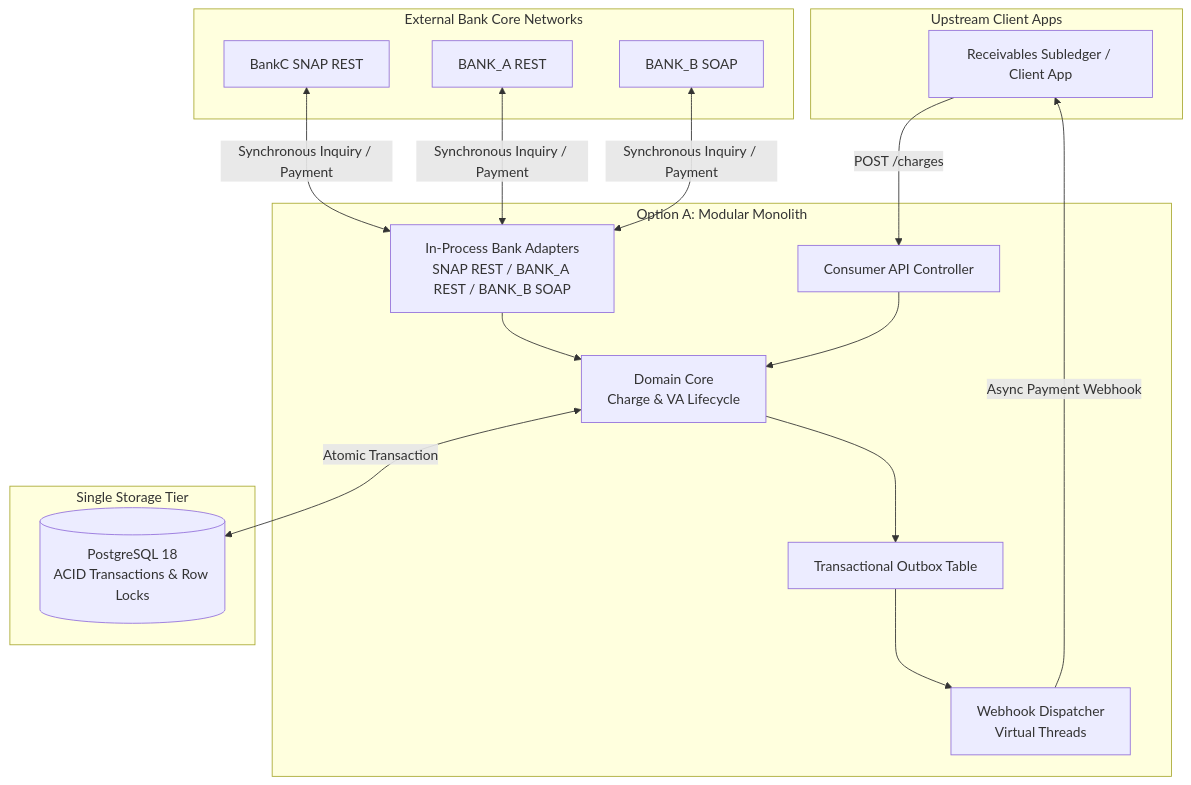
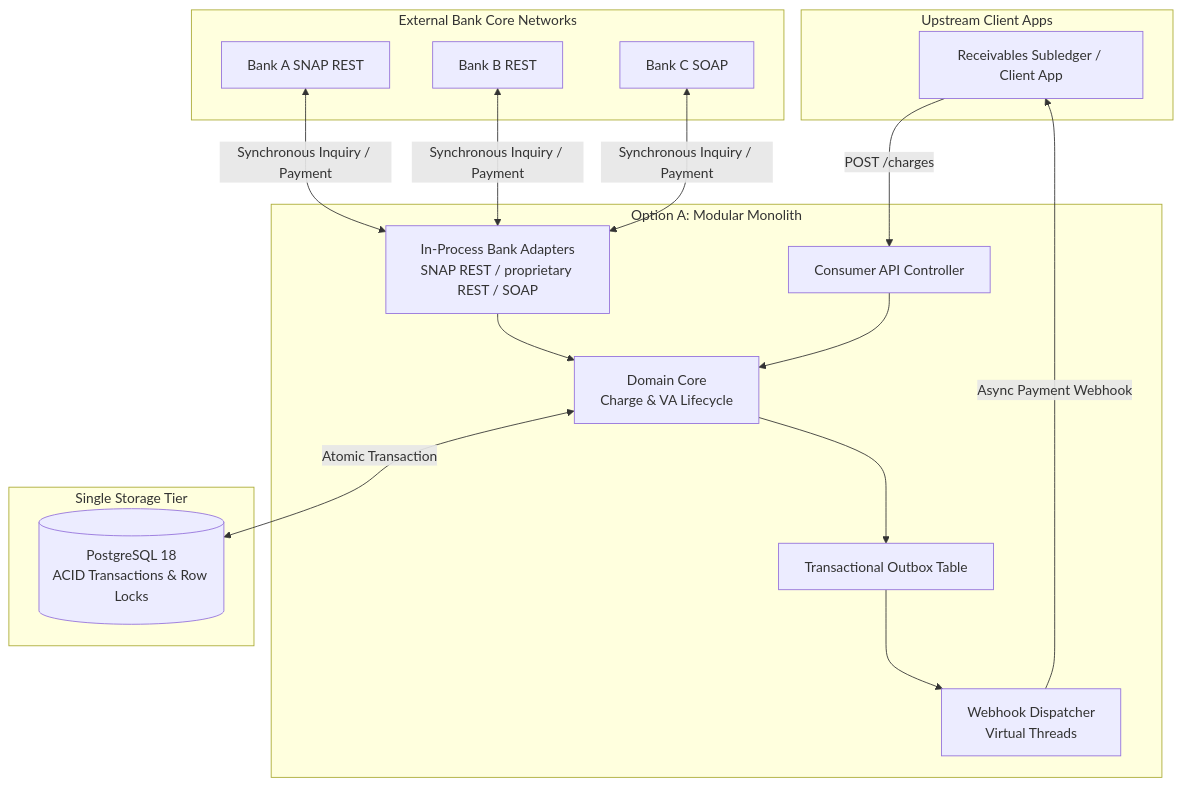
Before and after one commit to artivisi/payment-gateway: the first of 2 diagrams in docs/architecture-comparison.md, drawn with Mermaid. The commit also changed other lines of this file and 41 other files, not shown here.

````diff
--- a/docs/architecture-comparison.md
+++ b/docs/architecture-comparison.md
@@ -22,37 +22,37 @@
 ```mermaid
 flowchart TD
   subgraph Clients [Upstream Client Apps]
     AR[Receivables Subledger / Client App]
   end
 
   subgraph Gateway [Option A: Modular Monolith]
     API[Consumer API Controller]
     Core[Domain Core<br/>Charge & VA Lifecycle]
-    Adapters[In-Process Bank Adapters<br/>SNAP REST / BANK_A REST / BANK_B SOAP]
+    Adapters[In-Process Bank Adapters<br/>SNAP REST / proprietary REST / SOAP]
     Outbox[Transactional Outbox Table]
     WebhookWorker[Webhook Dispatcher<br/>Virtual Threads]
   end
 
   subgraph Storage [Single Storage Tier]
     Postgres[(PostgreSQL 18<br/>ACID Transactions & Row Locks)]
   end
 
   subgraph ExternalBanks [External Bank Core Networks]
-    Bank1[BankC SNAP REST]
-    Bank2[BANK_A REST]
-    Bank3[BANK_B SOAP]
+    Bank1[Bank A SNAP REST]
+    Bank2[Bank B REST]
+    Bank3[Bank C SOAP]
   end
 
   AR -->|POST /charges| API
   API --> Core
   Core <-->|Atomic Transaction| Postgres
   
   Bank1 <-->|Synchronous Inquiry / Payment| Adapters
   Bank2 <-->|Synchronous Inquiry / Payment| Adapters
   Bank3 <-->|Synchronous Inquiry / Payment| Adapters
   Adapters --> Core
   
   Core --> Outbox
   Outbox --> WebhookWorker
   WebhookWorker -->|Async Payment Webhook| AR
 ```
````
